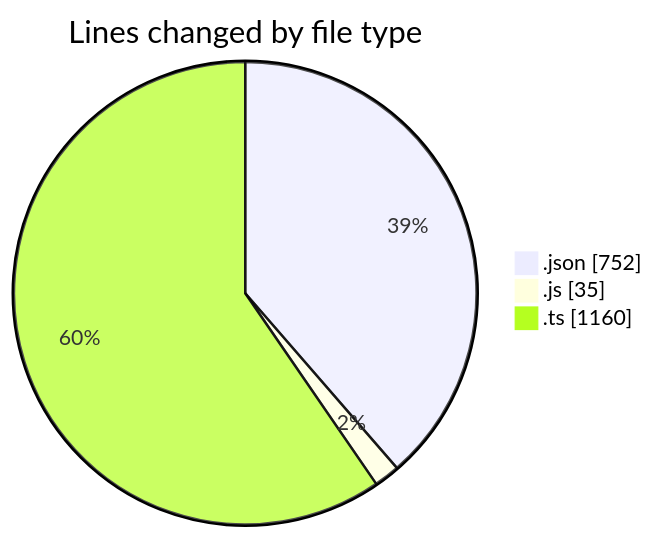
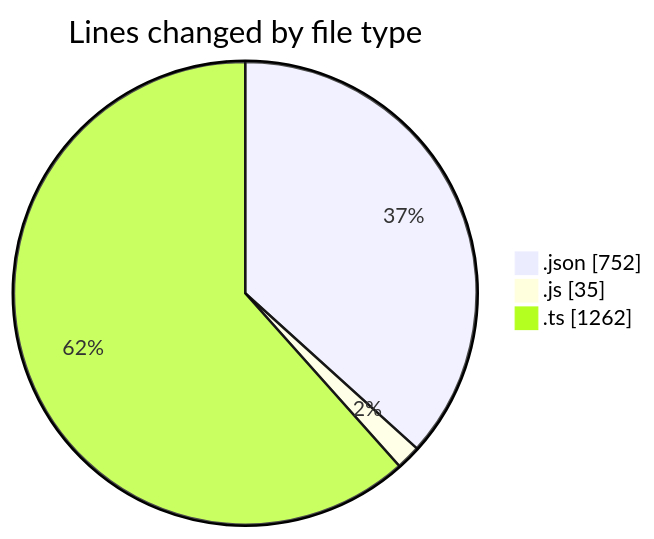
The first of 2 diagrams in 2026-05-21/cda/README.md (momahboobian/code-tracking), drawn with Mermaid before and after one commit. The commit also changed other lines of this file and 1 other file, not shown here.

````diff
--- a/2026-05-21/cda/README.md
+++ b/2026-05-21/cda/README.md
@@ -31,7 +31,7 @@
 ```mermaid
 pie showData
 title Lines changed by file type
 ".json" : 752
 ".js" : 35
-".ts" : 1160
+".ts" : 1262
 ```
````
